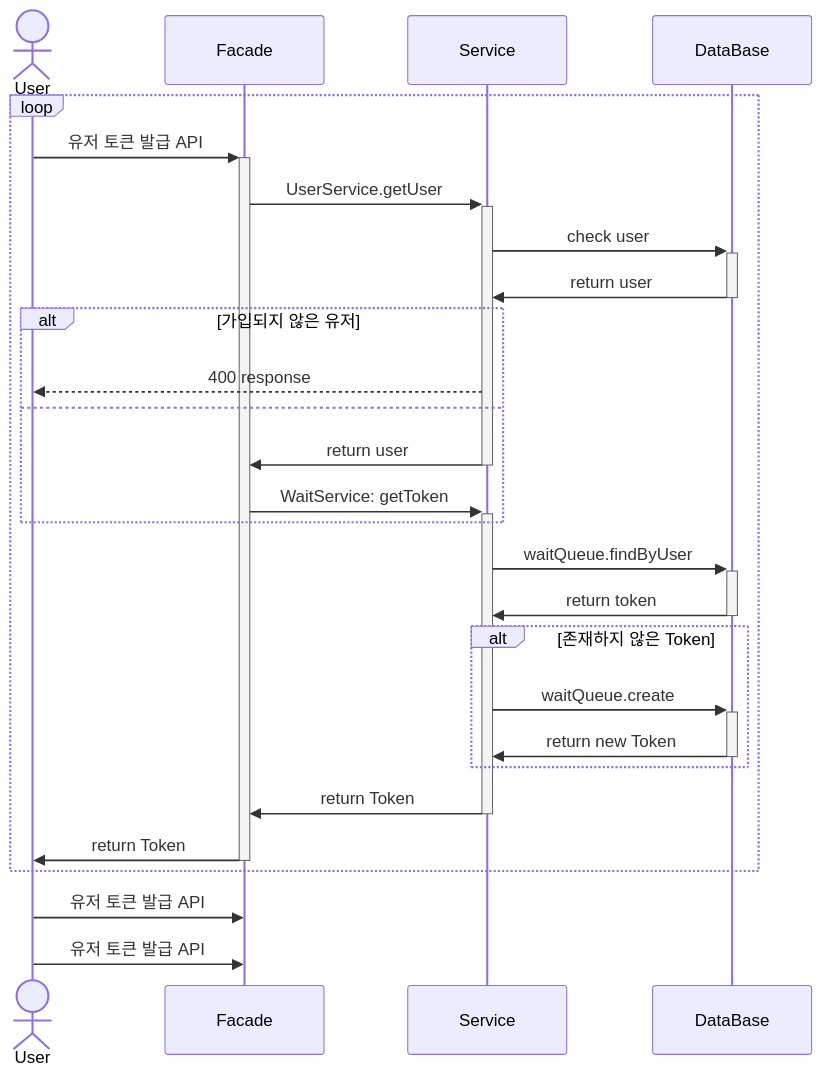
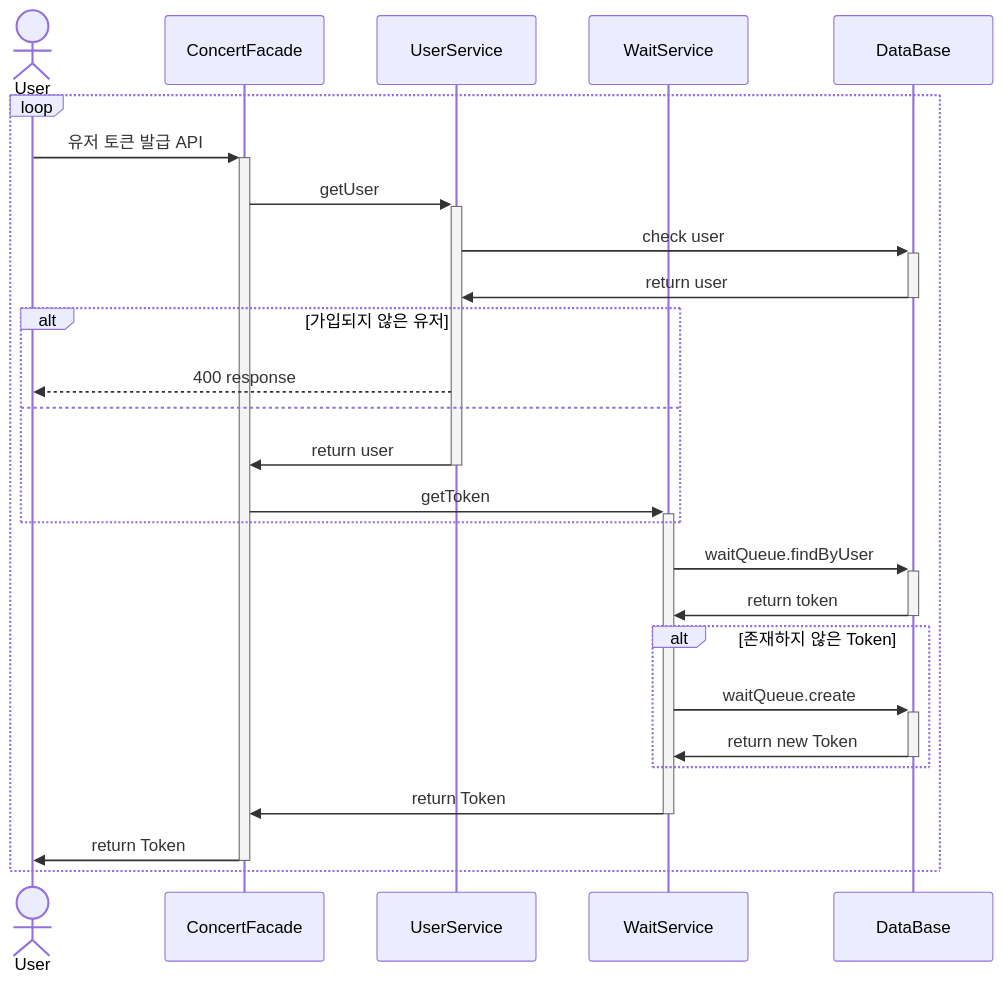
One commit to CureLatte/hhplus-concert-server-java changed the first of 7 diagrams in docs/sequence.md. Above: the diagram before and after it, drawn with Mermaid. The commit also changed other lines of this file, not shown here.

Commit message:
[ADD] sequence.md update

````diff
--- a/docs/sequence.md
+++ b/docs/sequence.md
@@ -15,53 +15,47 @@
 ```mermaid
 sequenceDiagram
     actor User 
-    participant Controller as Facade 
+    participant Controller as ConcertFacade 
+    participant UserService
+    participant WaitService
+    
         
     loop
         User ->>+ Controller : 유저 토큰 발급 API
         
-        Controller ->> +Service: UserService.getUser
-    
-        Service ->> +DataBase: check user
-        DataBase ->> -Service: return user
+        Controller ->> +UserService: getUser
+
+        UserService ->> +DataBase: check user
+        DataBase ->> -UserService: return user
     
        
         
        
         alt 가입되지 않은 유저
-            Service -->> User: 400 response 
-        else  
-            Service ->> - Controller: return user
+            UserService -->> User: 400 response 
+        else
+            UserService ->> - Controller: return user
             
-            Controller ->> + Service: WaitService: getToken
+            Controller ->> + WaitService: getToken
         
         end
+
+
+        WaitService ->> + DataBase: waitQueue.findByUser
         
+        DataBase ->> - WaitService: return token
         
-        
-        Service ->> + DataBase: waitQueue.findByUser
-        
-        DataBase ->> - Service: return token
-        
-        alt 존재하지 않은 Token 
-            Service ->> + DataBase:waitQueue.create
-            DataBase ->> - Service: return new Token
+        alt 존재하지 않은 Token
+            WaitService ->> + DataBase:waitQueue.create
+            DataBase ->> - WaitService: return new Token
            
         end
 
-        Service ->> - Controller:return Token
+        WaitService ->> - Controller:return Token
         
         Controller ->> - User: return Token 
 
-        
-        
     end
 
-
-
-    User ->> Controller : 유저 토큰 발급 API
-    User ->> Controller : 유저 토큰 발급 API
-    
-    
     
 ```
````
